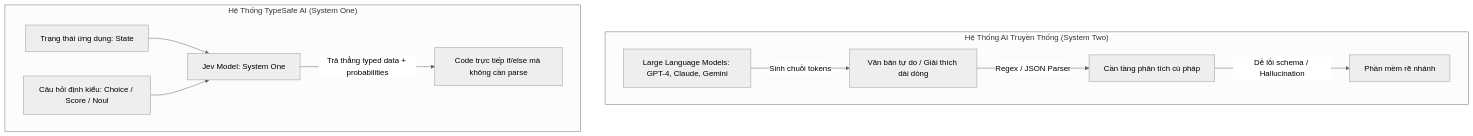
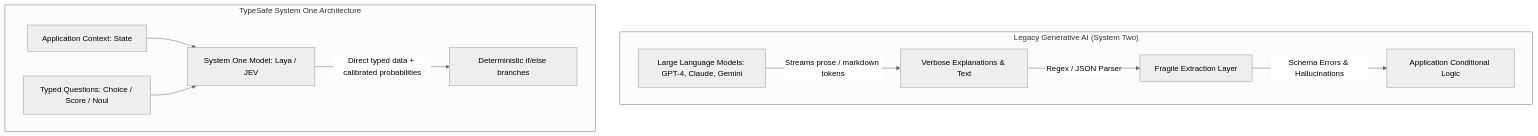
The diagram in docs/01-system-one-concept.md (jangtrinh/design-os-system-one), drawn with Mermaid (neutral theme) before and after one commit. The commit also changed other lines of this file and 261 other files, not shown here.

Commit message:
feat(system-one): integrate Laya-MLX, cascade lab, setup scripts, and translate documentation to English

````diff
--- a/docs/01-system-one-concept.md
+++ b/docs/01-system-one-concept.md
@@ -9,14 +9,14 @@
 ```mermaid
 graph TD
-    subgraph "Hệ Thống AI Truyền Thống (System Two)"
-        LLM[Large Language Models: GPT-4, Claude, Gemini] -->|Sinh chuỗi tokens| TextOut[Văn bản tự do / Giải thích dài dòng]
-        TextOut -->|Regex / JSON Parser| CodeParser[Cần tầng phân tích cú pháp]
-        CodeParser -->|Dễ lỗi schema / Hallucination| Logic[Phần mềm rẽ nhánh]
+    subgraph "Legacy Generative AI (System Two)"
+        LLM[Large Language Models: GPT-4, Claude, Gemini] -->|Streams prose / markdown tokens| TextOut[Verbose Explanations & Text]
+        TextOut -->|Regex / JSON Parser| CodeParser[Fragile Extraction Layer]
+        CodeParser -->|Schema Errors & Hallucinations| Logic[Application Conditional Logic]
     end
 
-    subgraph "Hệ Thống TypeSafe AI (System One)"
-        State[Trạng thái ứng dụng: State] --> JEV[Jev Model: System One]
-        Questions[Câu hỏi định kiểu: Choice / Score / Noul] --> JEV
-        JEV -->|Trả thẳng typed data + probabilities| DirectCode[Code trực tiếp if/else mà không cần parse]
+    subgraph "TypeSafe System One Architecture"
+        State[Application Context: State] --> JEV[System One Model: Laya / JEV]
+        Questions[Typed Questions: Choice / Score / Noul] --> JEV
+        JEV -->|Direct typed data + calibrated probabilities| DirectCode[Deterministic if/else branches]
     end
 ```
````
